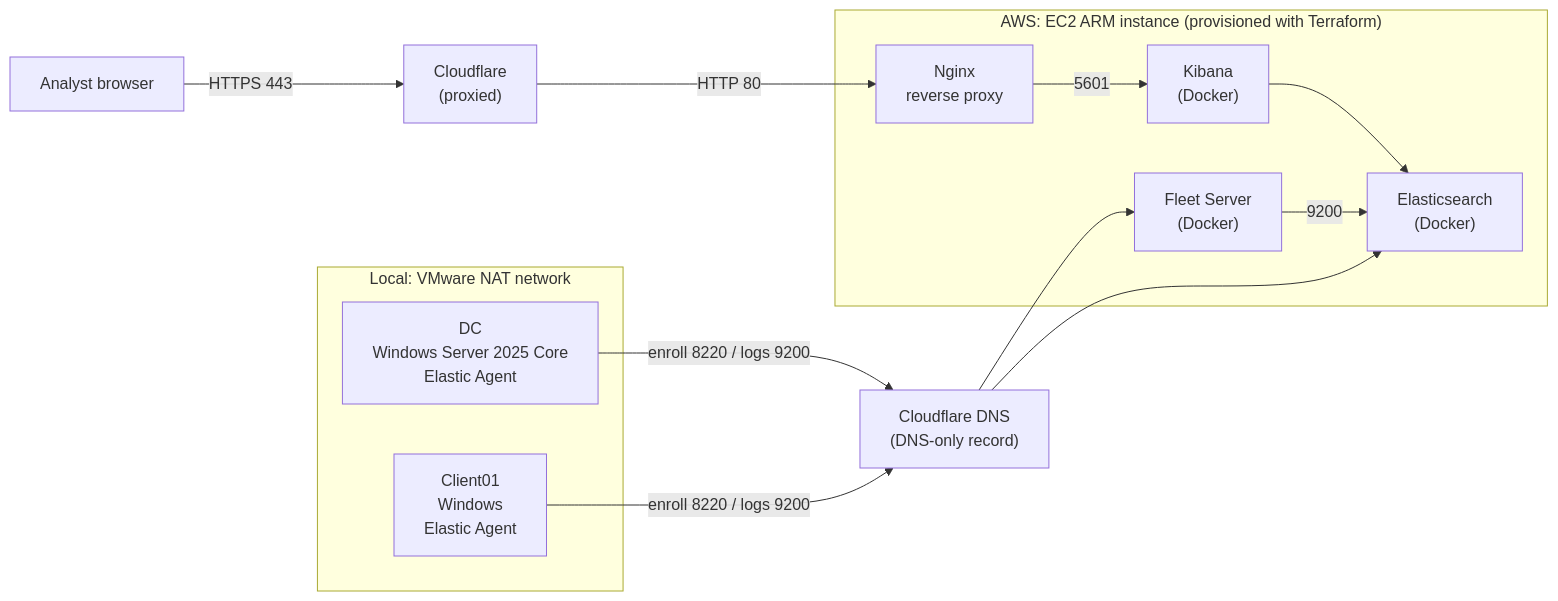
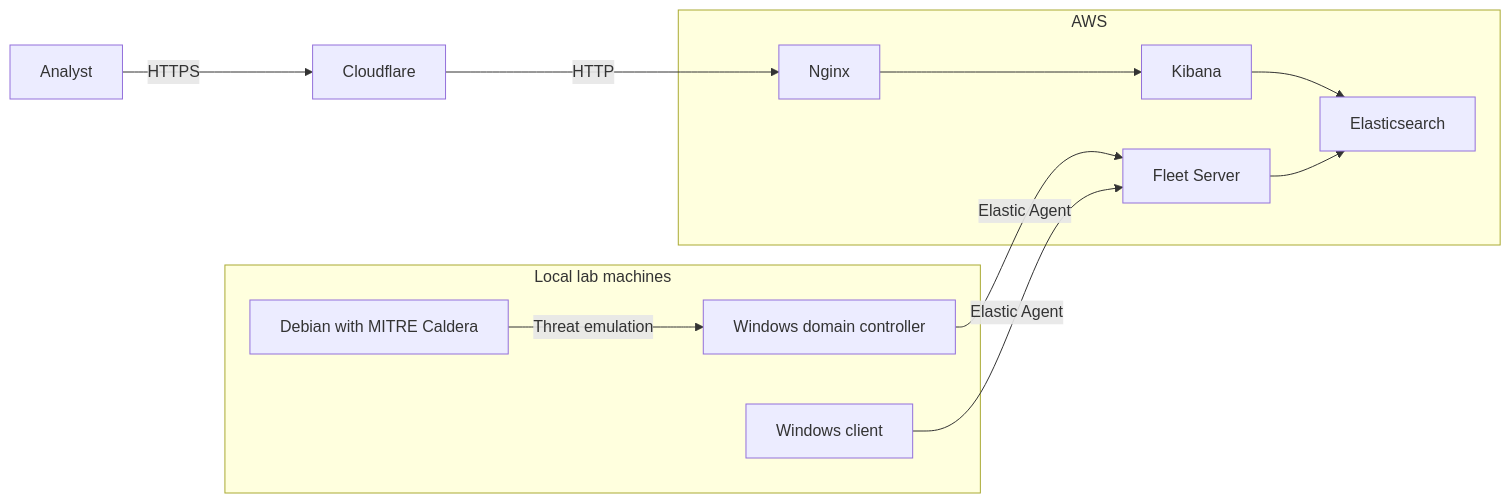
The diagram in README.md (rawleyc/sienna-central), drawn with Mermaid before and after one commit. The commit also changed other lines of this file, not shown here.

````diff
--- a/README.md
+++ b/README.md
@@ -11,23 +19,21 @@
 ```mermaid
 flowchart LR
-    analyst["Analyst browser"] -->|"HTTPS 443"| cf["Cloudflare<br/>(proxied)"]
-    cf -->|"HTTP 80"| nginx
+    analyst["Analyst"] -->|"HTTPS"| cloudflare["Cloudflare"]
+    cloudflare -->|"HTTP"| nginx["Nginx"]
 
-    subgraph aws["AWS: EC2 ARM instance (provisioned with Terraform)"]
-        nginx["Nginx<br/>reverse proxy"] -->|"5601"| kibana["Kibana<br/>(Docker)"]
-        kibana --> es["Elasticsearch<br/>(Docker)"]
-        fleet["Fleet Server<br/>(Docker)"] -->|"9200"| es
+    subgraph aws["AWS"]
+        nginx --> kibana["Kibana"]
+        kibana --> elasticsearch["Elasticsearch"]
+        fleet["Fleet Server"] --> elasticsearch
     end
 
-    subgraph local["Local: VMware NAT network"]
-        dc["DC<br/>Windows Server 2025 Core<br/>Elastic Agent"]
-        client["Client01<br/>Windows<br/>Elastic Agent"]
+    subgraph local["Local lab machines"]
+        windows["Windows domain controller"]
+        client["Windows client"]
+        caldera["Debian with MITRE Caldera"]
     end
 
-    dns["Cloudflare DNS<br/>(DNS-only record)"]
-
-    dc -->|"enroll 8220 / logs 9200"| dns
-    client -->|"enroll 8220 / logs 9200"| dns
-    dns --> fleet
-    dns --> es
+    windows -->|"Elastic Agent"| fleet
+    client -->|"Elastic Agent"| fleet
+    caldera -->|"Threat emulation"| windows
 ```
````
